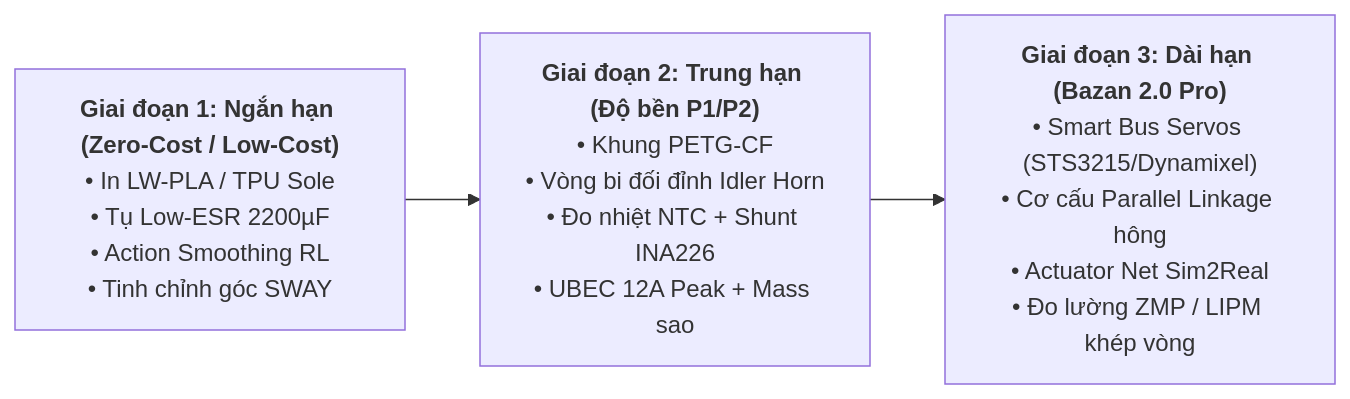
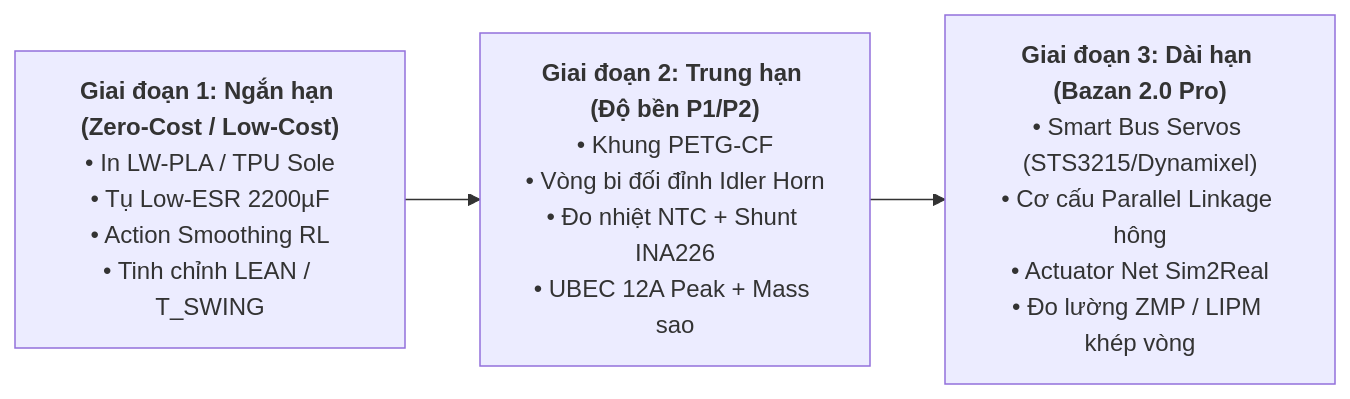
One commit to nguyenhau442001/Bazan_Humanoid changed the diagram in docs/engineering/upgrade_roadmap.md. Above: the diagram before and after it, drawn with Mermaid. The commit also changed other lines of this file and 8 other files, not shown here.

First line of the commit message:
docs(guides): point the guides at the CAD twin and quote CAD numbers in the roadmap

````diff
--- a/docs/engineering/upgrade_roadmap.md
+++ b/docs/engineering/upgrade_roadmap.md
@@ -20,8 +22,8 @@
 ```mermaid
 flowchart LR
-  P1["<b>Giai đoạn 1: Ngắn hạn (Zero-Cost / Low-Cost)</b><br/>• In LW-PLA / TPU Sole<br/>• Tụ Low-ESR 2200µF<br/>• Action Smoothing RL<br/>• Tinh chỉnh góc SWAY"]
+  P1["<b>Giai đoạn 1: Ngắn hạn (Zero-Cost / Low-Cost)</b><br/>• In LW-PLA / TPU Sole<br/>• Tụ Low-ESR 2200µF<br/>• Action Smoothing RL<br/>• Tinh chỉnh LEAN / T_SWING"]
   P2["<b>Giai đoạn 2: Trung hạn (Độ bền P1/P2)</b><br/>• Khung PETG-CF<br/>• Vòng bi đối đỉnh Idler Horn<br/>• Đo nhiệt NTC + Shunt INA226<br/>• UBEC 12A Peak + Mass sao"]
   P3["<b>Giai đoạn 3: Dài hạn (Bazan 2.0 Pro)</b><br/>• Smart Bus Servos (STS3215/Dynamixel)<br/>• Cơ cấu Parallel Linkage hông<br/>• Actuator Net Sim2Real<br/>• Đo lường ZMP / LIPM khép vòng"]
 
   P1 --> P2 --> P3
 ```
````
